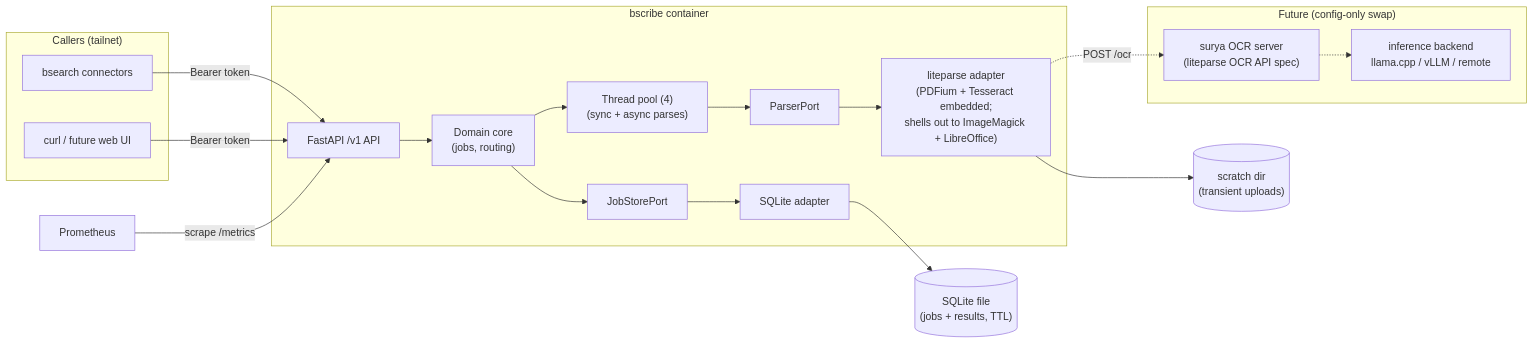
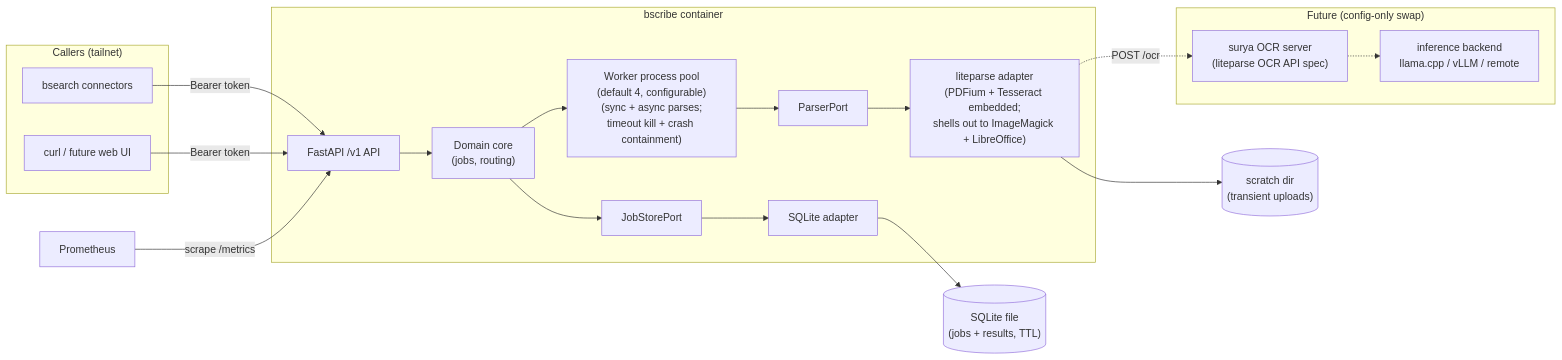
One commit to bcrisp4/bscribe changed the diagram in docs/design.md. Above: the diagram before and after it, drawn with Mermaid. The commit also changed other lines of this file, not shown here.

First line of the commit message:
docs(design): switch job execution to process worker pool

````diff
--- a/docs/design.md
+++ b/docs/design.md
@@ -86,34 +86,34 @@
 ```mermaid
 flowchart LR
     subgraph callers["Callers (tailnet)"]
         BS["bsearch connectors"]
         CURL["curl / future web UI"]
     end
 
     subgraph bscribe["bscribe container"]
         API["FastAPI /v1 API"]
         CORE["Domain core<br/>(jobs, routing)"]
-        WP["Thread pool (4)<br/>(sync + async parses)"]
+        WP["Worker process pool<br/>(default 4, configurable)<br/>(sync + async parses;<br/>timeout kill + crash containment)"]
         PP["ParserPort"]
         JS["JobStorePort"]
         LP["liteparse adapter<br/>(PDFium + Tesseract embedded;<br/>shells out to ImageMagick + LibreOffice)"]
         SQ["SQLite adapter"]
     end
 
     SCRATCH[("scratch dir<br/>(transient uploads)")]
     DB[("SQLite file<br/>(jobs + results, TTL)")]
     PROM["Prometheus"]
 
     subgraph future["Future (config-only swap)"]
         OCRS["surya OCR server<br/>(liteparse OCR API spec)"]
         INF["inference backend<br/>llama.cpp / vLLM / remote"]
     end
 
     BS & CURL -->|"Bearer token"| API
     API --> CORE --> WP
     CORE --> JS --> SQ --> DB
     WP --> PP --> LP
     LP --> SCRATCH
     PROM -->|"scrape /metrics"| API
     LP -.->|"POST /ocr"| OCRS -.-> INF
 ```
````
